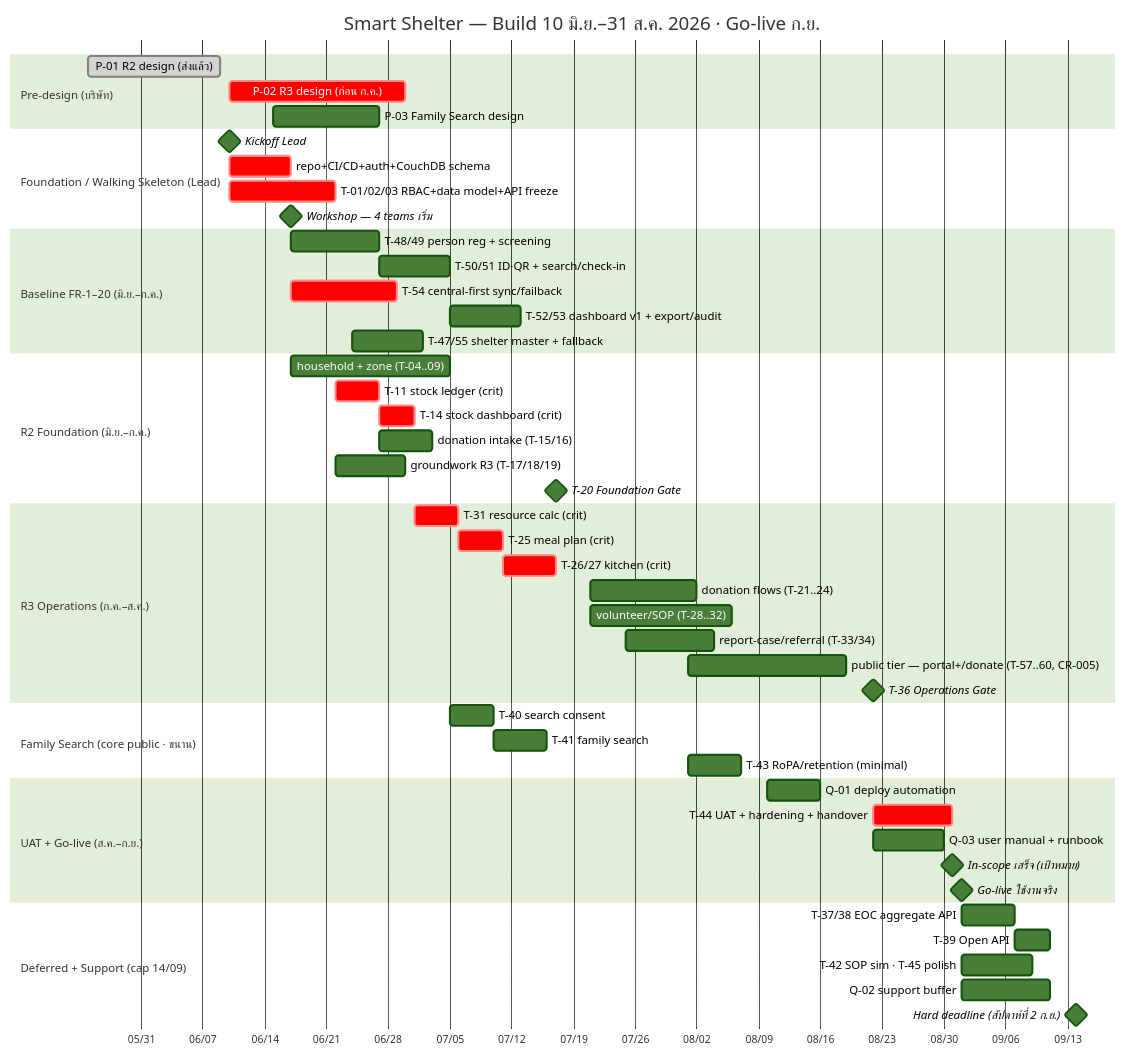
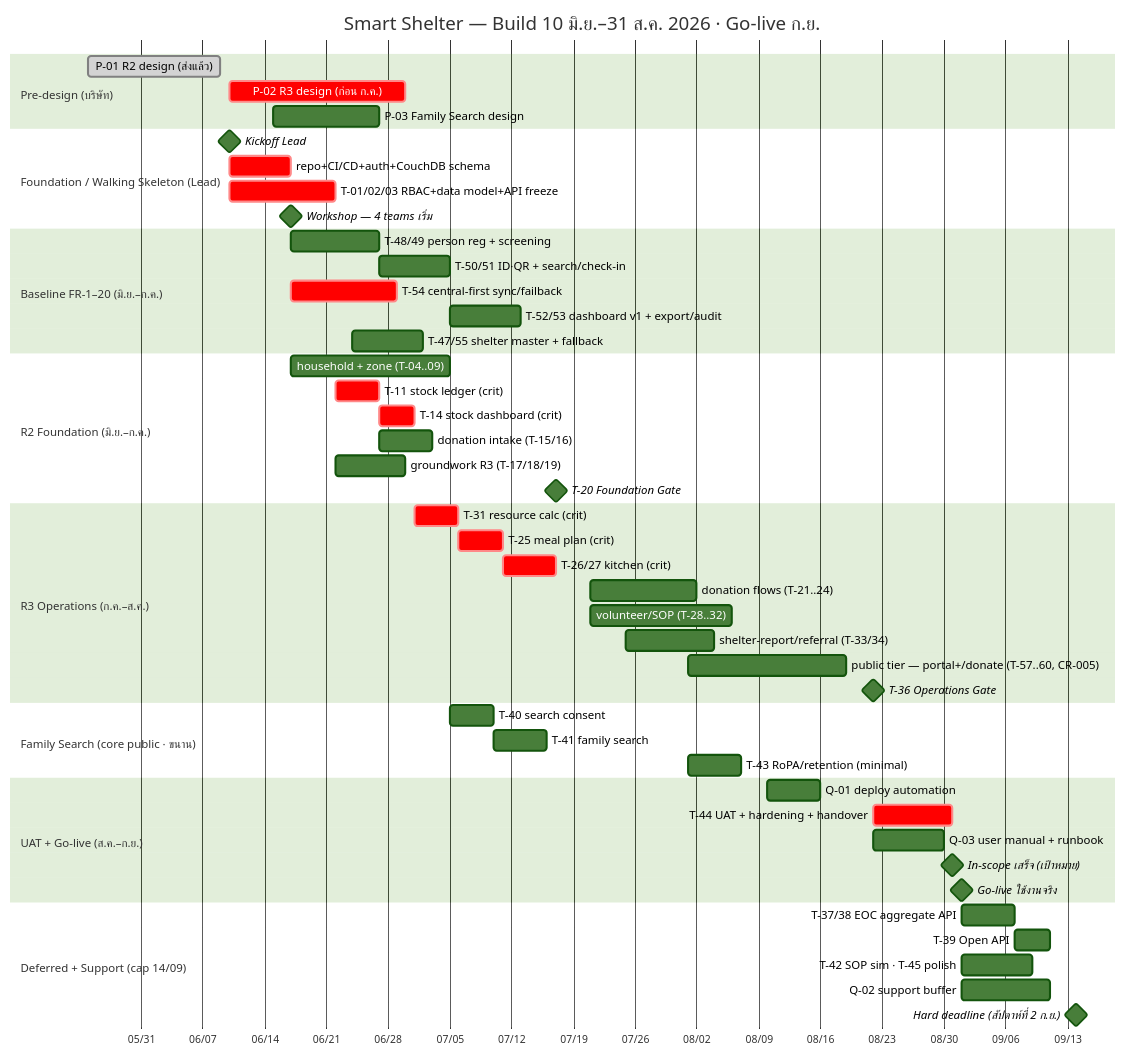
Before and after one commit to r202-coe-psu/tent: the second of 2 diagrams in docs/task-breakdown/_timeline.md, drawn with Mermaid (forest theme). The commit also changed other lines of this file and 21 other files, not shown here.

````diff
--- a/docs/task-breakdown/_timeline.md
+++ b/docs/task-breakdown/_timeline.md
@@ -192,61 +192,61 @@
 ```mermaid
 gantt
   title Smart Shelter — Build 10 มิ.ย.–31 ส.ค. 2026 · Go-live ก.ย.
   dateFormat YYYY-MM-DD
   axisFormat %m/%d
 
   section Pre-design (บริษัท)
   P-01 R2 design (ส่งแล้ว)          :done, p1, 2026-05-25, 2026-06-09
   P-02 R3 design (ก่อน ก.ค.)         :crit, p2, 2026-06-10, 2026-06-30
   P-03 Family Search design          :p3, 2026-06-15, 12d
 
   section Foundation / Walking Skeleton (Lead)
   Kickoff Lead                       :milestone, k0, 2026-06-10, 0d
   repo+CI/CD+auth+CouchDB schema      :crit, sk, 2026-06-10, 7d
   T-01/02/03 RBAC+data model+API freeze :crit, t013, 2026-06-10, 12d
   Workshop — 4 teams เริ่ม            :milestone, w1, 2026-06-17, 0d
 
   section Baseline FR-1–20 (มิ.ย.–ก.ค.)
   T-48/49 person reg + screening      :bl1, 2026-06-17, 10d
   T-50/51 ID·QR + search/check-in     :bl2, after bl1, 8d
   T-54 central-first sync/failback    :crit, bl3, 2026-06-17, 12d
   T-52/53 dashboard v1 + export/audit :bl4, after bl2, 8d
   T-47/55 shelter master + fallback   :bl5, 2026-06-24, 8d
 
   section R2 Foundation (มิ.ย.–ก.ค.)
   household + zone (T-04..09)         :t0409, 2026-06-17, 18d
   T-11 stock ledger (crit)           :crit, t11, after t013, 5d
   T-14 stock dashboard (crit)        :crit, t14, after t11, 4d
   donation intake (T-15/16)          :t1516, after t11, 6d
   groundwork R3 (T-17/18/19)         :gw, after t013, 8d
   T-20 Foundation Gate               :milestone, g2, 2026-07-17, 0d
 
   section R3 Operations (ก.ค.–ส.ค.)
   T-31 resource calc (crit)          :crit, t31, after t14, 5d
   T-25 meal plan (crit)              :crit, t25, after t31, 5d
   T-26/27 kitchen (crit)             :crit, t2627, after t25, 6d
   donation flows (T-21..24)          :t2124, 2026-07-21, 12d
   volunteer/SOP (T-28..32)           :t2832, 2026-07-21, 16d
-  report-case/referral (T-33/34)     :t3334, 2026-07-25, 10d
+  shelter-report/referral (T-33/34)  :t3334, 2026-07-25, 10d
   public tier — portal+/donate (T-57..60, CR-005) :pub, 2026-08-01, 18d
   T-36 Operations Gate               :milestone, g3, 2026-08-22, 0d
 
   section Family Search (core public · ขนาน)
   T-40 search consent                :fs1, after t0409, 5d
   T-41 family search                 :fs2, after fs1, 6d
   T-43 RoPA/retention (minimal)      :t43, 2026-08-01, 6d
 
   section UAT + Go-live (ส.ค.–ก.ย.)
   Q-01 deploy automation             :q1, 2026-08-10, 6d
   T-44 UAT + hardening + handover    :crit, t44, 2026-08-22, 9d
   Q-03 user manual + runbook         :q3, 2026-08-22, 8d
   In-scope เสร็จ (เป้าหมาย)           :milestone, dl, 2026-08-31, 0d
   Go-live ใช้งานจริง                  :milestone, gl, 2026-09-01, 0d
 
   section Deferred + Support (cap 14/09)
   T-37/38 EOC aggregate API          :def1, 2026-09-01, 6d
   T-39 Open API                      :def2, after def1, 4d
   T-42 SOP sim · T-45 polish         :def3, 2026-09-01, 8d
   Q-02 support buffer                :q2, 2026-09-01, 10d
   Hard deadline (สัปดาห์ที่ 2 ก.ย.)    :milestone, hd, 2026-09-14, 0d
 ```
````
